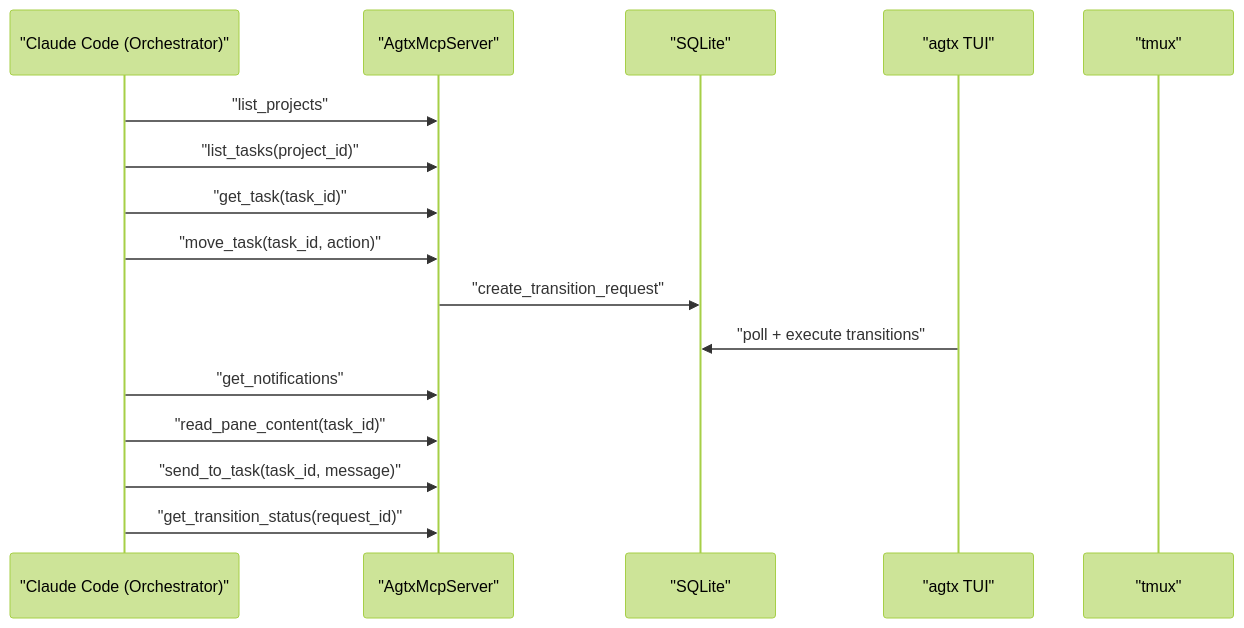
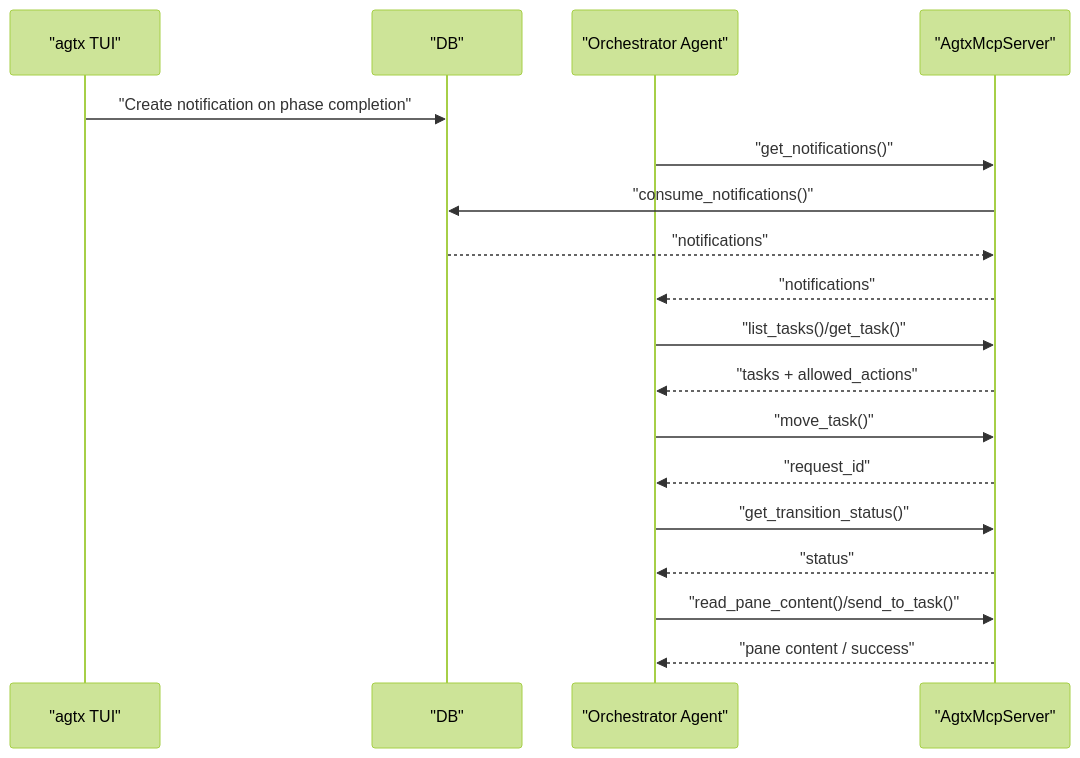
One commit to bramburn/agtx changed the fourth of 5 diagrams in .qoder/repowiki/en/content/MCP Server/MCP Server.md. Above: the diagram before and after it, drawn with Mermaid (forest theme). The commit also changed other lines of this file and 140 other files, not shown here.

````diff
--- a/.qoder/repowiki/en/content/MCP Server/MCP Server.md
+++ b/.qoder/repowiki/en/content/MCP Server/MCP Server.md
@@ -326,18 +283,20 @@
 ```mermaid
 sequenceDiagram
-participant Orchestrator as "Claude Code (Orchestrator)"
+participant TUI as "agtx TUI"
+participant DB as "DB"
+participant Agent as "Orchestrator Agent"
 participant MCP as "AgtxMcpServer"
-participant DB as "SQLite"
-participant TUI as "agtx TUI"
-participant TMUX as "tmux"
-Orchestrator->>MCP : "list_projects"
-Orchestrator->>MCP : "list_tasks(project_id)"
-Orchestrator->>MCP : "get_task(task_id)"
-Orchestrator->>MCP : "move_task(task_id, action)"
-MCP->>DB : "create_transition_request"
-TUI->>DB : "poll + execute transitions"
-Orchestrator->>MCP : "get_notifications"
-Orchestrator->>MCP : "read_pane_content(task_id)"
-Orchestrator->>MCP : "send_to_task(task_id, message)"
-Orchestrator->>MCP : "get_transition_status(request_id)"
+TUI->>DB : "Create notification on phase completion"
+Agent->>MCP : "get_notifications()"
+MCP->>DB : "consume_notifications()"
+DB-->>MCP : "notifications"
+MCP-->>Agent : "notifications"
+Agent->>MCP : "list_tasks()/get_task()"
+MCP-->>Agent : "tasks + allowed_actions"
+Agent->>MCP : "move_task()"
+MCP-->>Agent : "request_id"
+Agent->>MCP : "get_transition_status()"
+MCP-->>Agent : "status"
+Agent->>MCP : "read_pane_content()/send_to_task()"
+MCP-->>Agent : "pane content / success"
 ```
````
